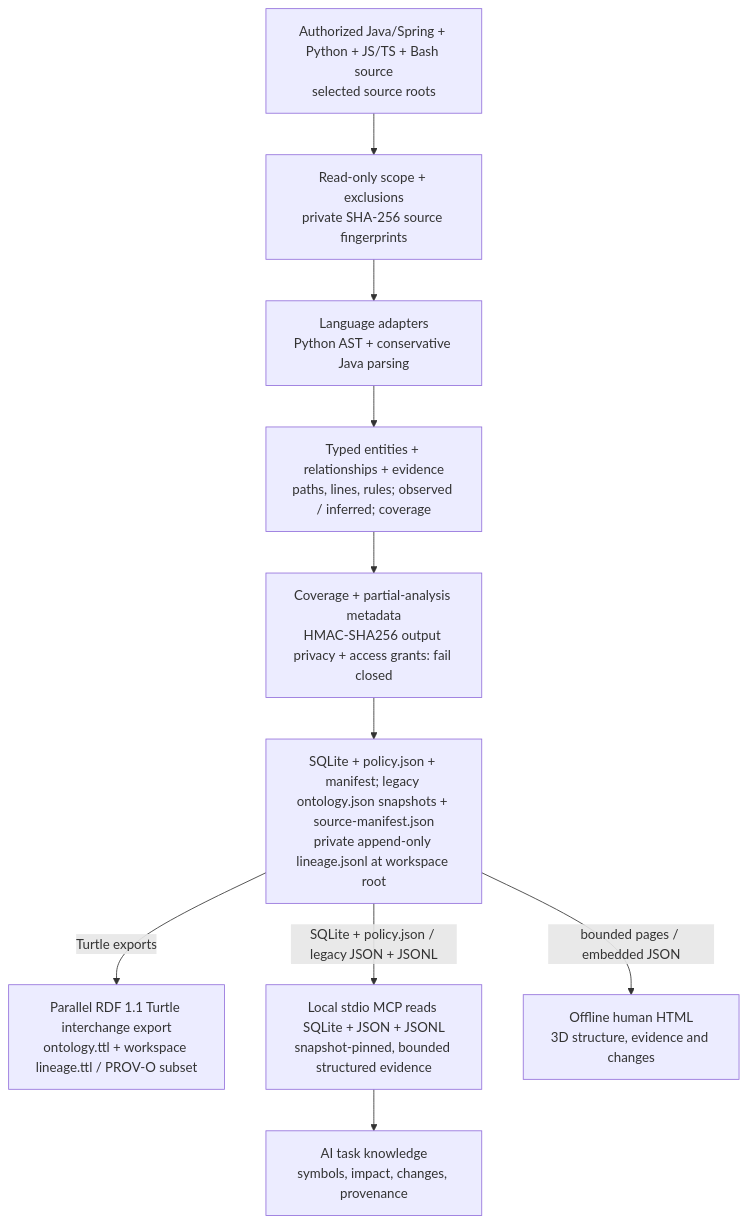
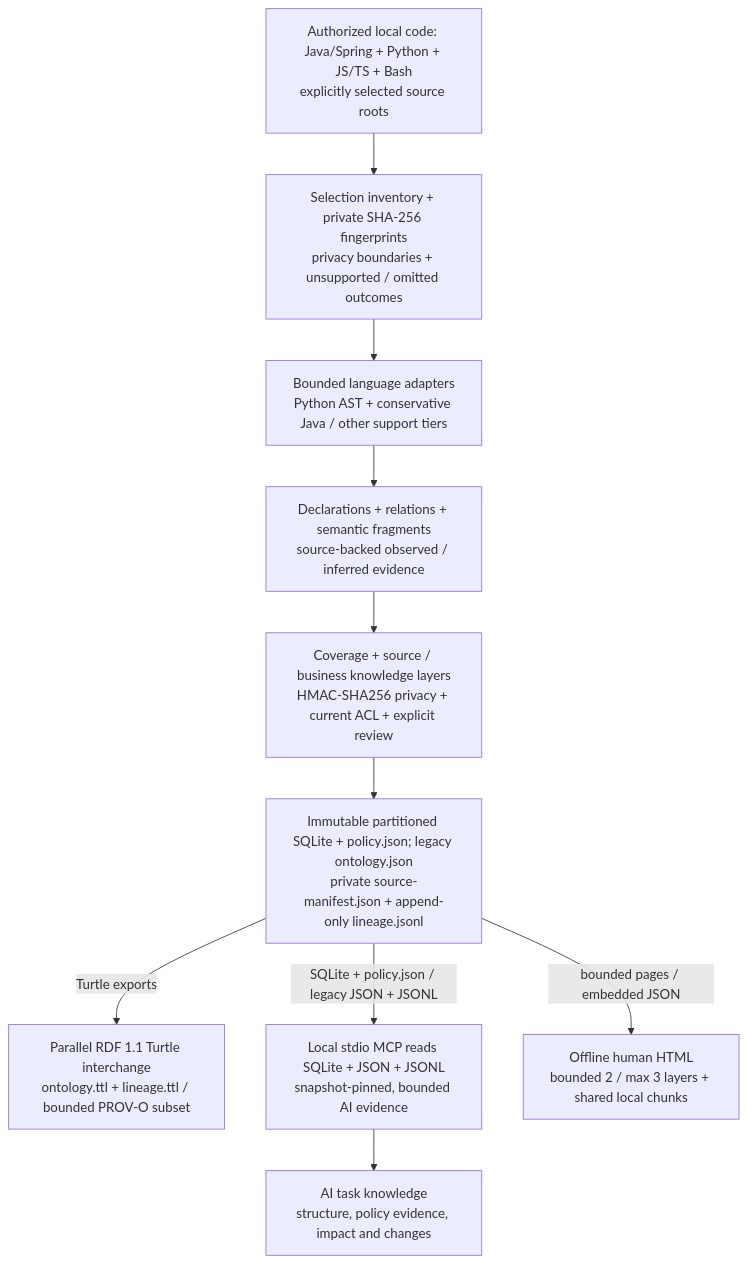
Before and after one commit to battle-doll/code-ontology-companion: the diagram in README.md, drawn with Mermaid. The commit also changed other lines of this file and 180 other files, not shown here.

First line of the commit message:
Release 0.9.3: strengthen ontology policy evidence and bounded human views

````diff
--- a/README.md
+++ b/README.md
@@ -30,22 +50,22 @@
 ```mermaid
 flowchart TB
-    source["Authorized Java/Spring + Python + JS/TS + Bash source<br/>selected source roots"]
-    scope["Read-only scope + exclusions<br/>private SHA-256 source fingerprints"]
-    adapters["Language adapters<br/>Python AST + conservative Java parsing"]
-    evidence["Typed entities + relationships + evidence<br/>paths, lines, rules; observed / inferred; coverage"]
-    gate["Coverage + partial-analysis metadata<br/>HMAC-SHA256 output privacy + access grants: fail closed"]
-    snapshot["SQLite + policy.json + manifest; legacy ontology.json snapshots + source-manifest.json<br/>private append-only lineage.jsonl at workspace root"]
-    rdf["Parallel RDF 1.1 Turtle interchange export<br/>ontology.ttl + workspace lineage.ttl / PROV-O subset"]
-    mcp["Local stdio MCP reads SQLite + JSON + JSONL<br/>snapshot-pinned, bounded structured evidence"]
-    ai["AI task knowledge<br/>symbols, impact, changes, provenance"]
-    human["Offline human HTML<br/>3D structure, evidence and changes"]
+    source["Authorized local code: Java/Spring + Python + JS/TS + Bash<br/>explicitly selected source roots"]
+    scope["Selection inventory + private SHA-256 fingerprints<br/>privacy boundaries + unsupported / omitted outcomes"]
+    adapters["Bounded language adapters<br/>Python AST + conservative Java / other support tiers"]
+    evidence["Declarations + relations + semantic fragments<br/>source-backed observed / inferred evidence"]
+    gate["Coverage + source / business knowledge layers<br/>HMAC-SHA256 privacy + current ACL + explicit review"]
+    snapshot["Immutable partitioned SQLite + policy.json; legacy ontology.json<br/>private source-manifest.json + append-only lineage.jsonl"]
+    rdf["Parallel RDF 1.1 Turtle interchange<br/>ontology.ttl + lineage.ttl / bounded PROV-O subset"]
+    mcp["Local stdio MCP reads SQLite + JSON + JSONL<br/>snapshot-pinned, bounded AI evidence"]
+    ai["AI task knowledge<br/>structure, policy evidence, impact and changes"]
+    human["Offline human HTML<br/>bounded 2 / max 3 layers + shared local chunks"]
     source --> scope
     scope --> adapters
     adapters --> evidence
     evidence --> gate
     gate --> snapshot
     snapshot -->|Turtle exports| rdf
     snapshot -->|SQLite + policy.json / legacy JSON + JSONL| mcp
     mcp --> ai
     snapshot -->|bounded pages / embedded JSON| human
 ```
````
